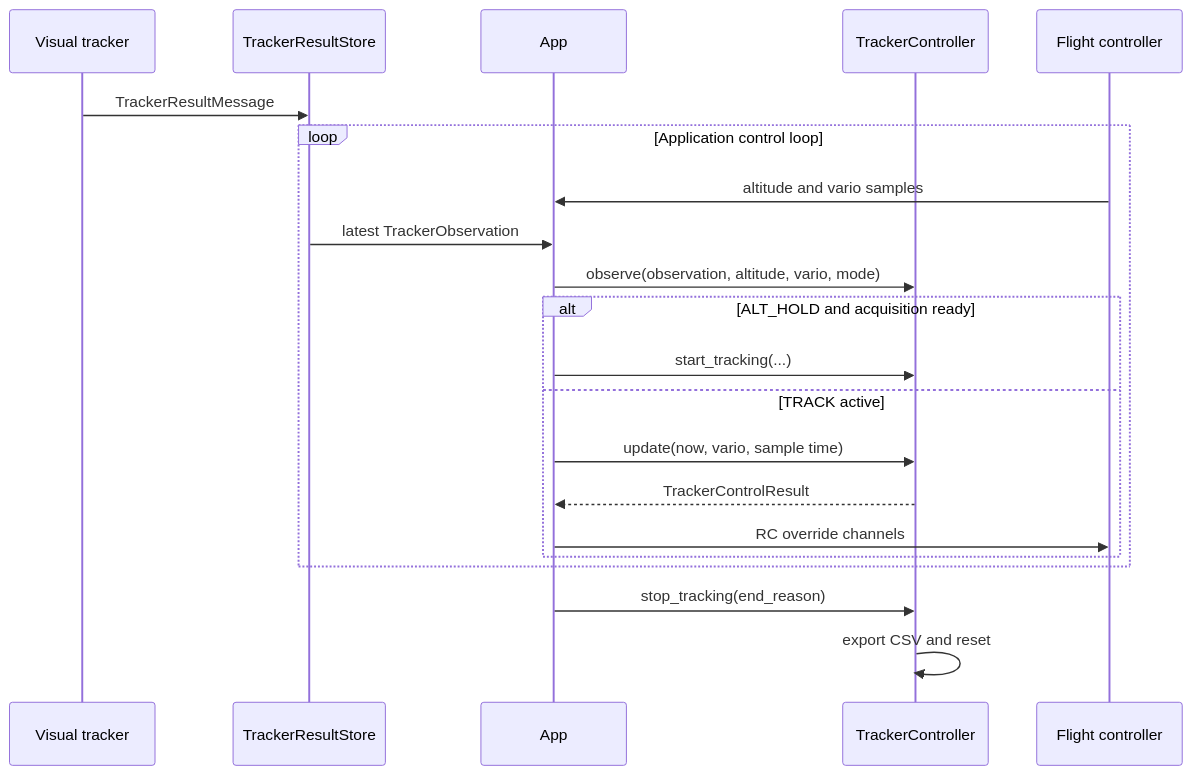
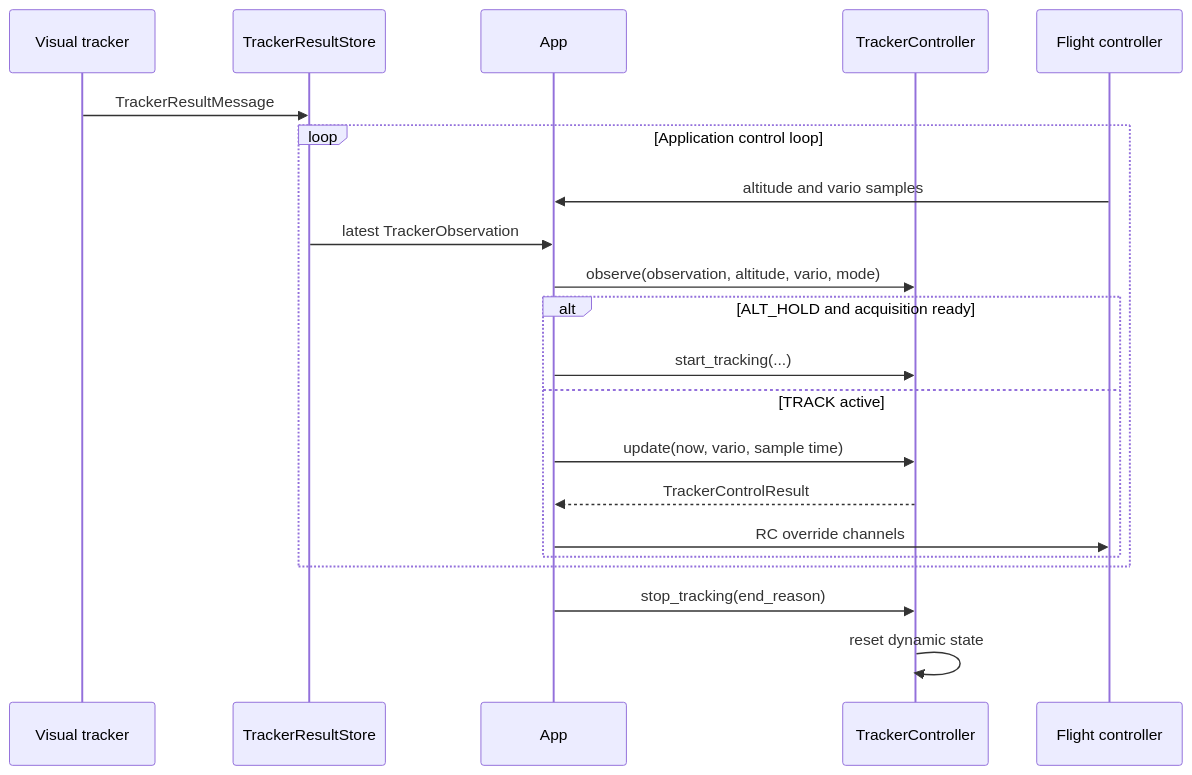
Before and after one commit to mayaboker/bt_ws: the second of 4 diagrams in bt_app/docs/design/tracker_controller_flow.md, drawn with Mermaid. The commit also changed other lines of this file and 9 other files, not shown here.

````diff
--- a/bt_app/docs/design/tracker_controller_flow.md
+++ b/bt_app/docs/design/tracker_controller_flow.md
@@ -43,24 +43,24 @@
 ```mermaid
 sequenceDiagram
     participant Camera as Visual tracker
     participant Store as TrackerResultStore
     participant App
     participant Controller as TrackerController
     participant FC as Flight controller
 
     Camera->>Store: TrackerResultMessage
     loop Application control loop
         FC->>App: altitude and vario samples
         Store->>App: latest TrackerObservation
         App->>Controller: observe(observation, altitude, vario, mode)
         alt ALT_HOLD and acquisition ready
             App->>Controller: start_tracking(...)
         else TRACK active
             App->>Controller: update(now, vario, sample time)
             Controller-->>App: TrackerControlResult
             App->>FC: RC override channels
         end
     end
     App->>Controller: stop_tracking(end_reason)
-    Controller->>Controller: export CSV and reset
+    Controller->>Controller: reset dynamic state
 ```
````
